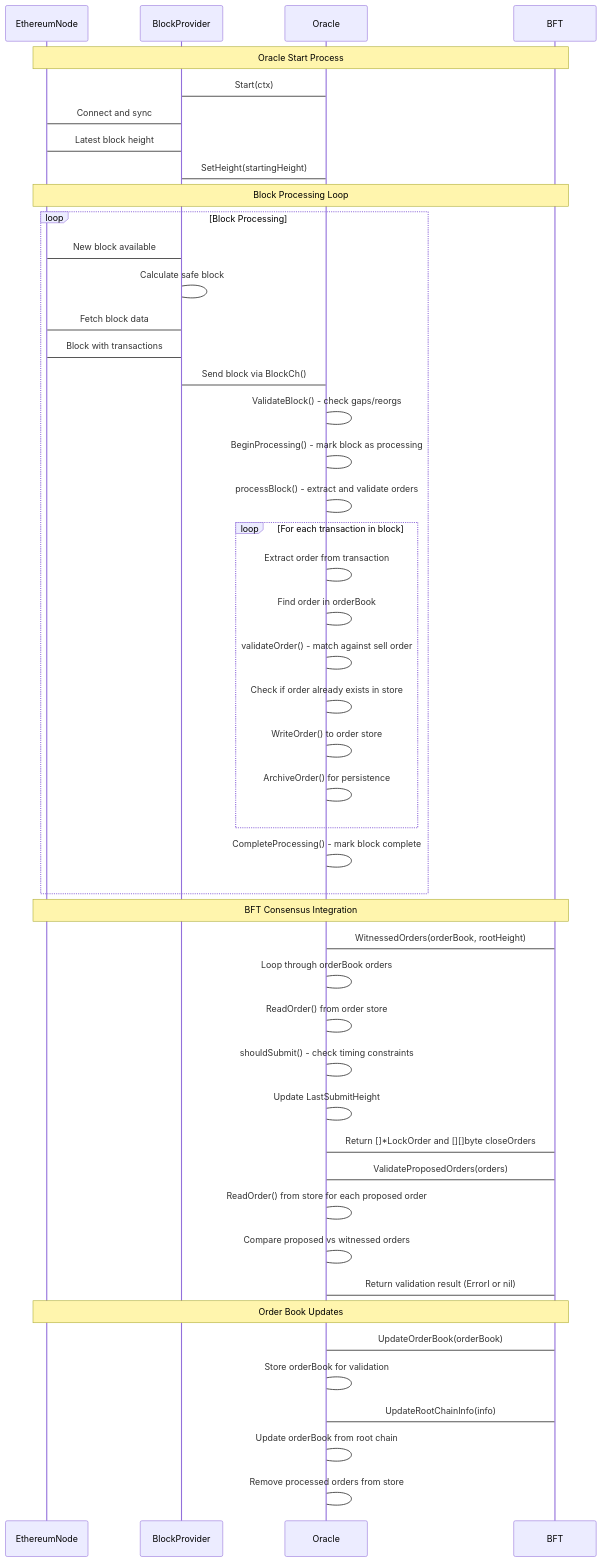
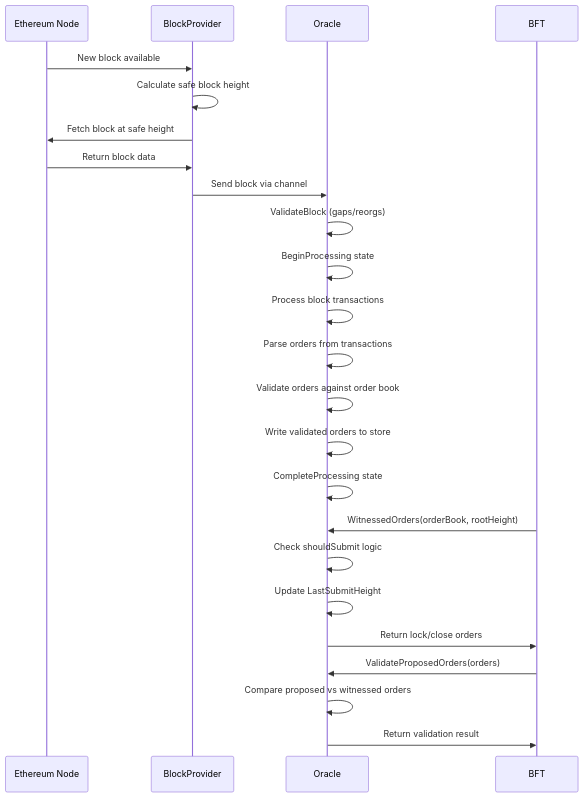
Before and after one commit to canopy-network/canopy: the second of 2 diagrams in cmd/rpc/oracle/ORACLE_FLOW.md, drawn with Mermaid.

````diff
--- a/cmd/rpc/oracle/ORACLE_FLOW.md
+++ b/cmd/rpc/oracle/ORACLE_FLOW.md
@@ -24,57 +24,34 @@
 ```mermaid
 sequenceDiagram
-participant EthereumNode
-participant BlockProvider  
-participant Oracle
-participant BFT
+    participant EN as Ethereum Node
+    participant BP as BlockProvider
+    participant O as Oracle
+    participant BFT as BFT
 
-note over EthereumNode, BFT: Oracle Start Process
-Oracle -> BlockProvider: Start(ctx)
-BlockProvider -> EthereumNode: Connect and sync
-EthereumNode -> BlockProvider: Latest block height
-BlockProvider -> Oracle: SetHeight(startingHeight)
-
-note over EthereumNode, BFT: Block Processing Loop
-loop Block Processing
-    EthereumNode -> BlockProvider: New block available
-    BlockProvider -> BlockProvider: Calculate safe block
-    BlockProvider -> EthereumNode: Fetch block data
-    EthereumNode -> BlockProvider: Block with transactions
-    BlockProvider -> Oracle: Send block via BlockCh()
+    %% Block retrieval and processing
+    EN->>BP: New block available
+    BP->>BP: Calculate safe block height
+    BP->>EN: Fetch block at safe height
+    EN->>BP: Return block data
+    BP->>O: Send block via channel
     
-    Oracle -> Oracle: ValidateBlock() - check gaps/reorgs
-    Oracle -> Oracle: BeginProcessing() - mark block as processing
-    Oracle -> Oracle: processBlock() - extract and validate orders
+    %% Oracle block processing
+    O->>O: ValidateBlock (gaps/reorgs)
+    O->>O: BeginProcessing state
+    O->>O: Process block transactions
+    O->>O: Parse orders from transactions
+    O->>O: Validate orders against order book
+    O->>O: Write validated orders to store
+    O->>O: CompleteProcessing state
     
-    loop For each transaction in block
-        Oracle -> Oracle: Extract order from transaction
-        Oracle -> Oracle: Find order in orderBook
-        Oracle -> Oracle: validateOrder() - match against sell order
-        Oracle -> Oracle: Check if order already exists in store
-        Oracle -> Oracle: WriteOrder() to order store
-        Oracle -> Oracle: ArchiveOrder() for persistence
-    end
+    %% BFT consensus integration
+    BFT->>O: WitnessedOrders(orderBook, rootHeight)
+    O->>O: Check shouldSubmit logic
+    O->>O: Update LastSubmitHeight
+    O->>BFT: Return lock/close orders
     
-    Oracle -> Oracle: CompleteProcessing() - mark block complete
-end
-
-note over EthereumNode, BFT: BFT Consensus Integration
-BFT -> Oracle: WitnessedOrders(orderBook, rootHeight)
-Oracle -> Oracle: Loop through orderBook orders
-Oracle -> Oracle: ReadOrder() from order store
-Oracle -> Oracle: shouldSubmit() - check timing constraints
-Oracle -> Oracle: Update LastSubmitHeight
-Oracle -> BFT: Return []*LockOrder and [][]byte closeOrders
-
-BFT -> Oracle: ValidateProposedOrders(orders)
-Oracle -> Oracle: ReadOrder() from store for each proposed order
-Oracle -> Oracle: Compare proposed vs witnessed orders
-Oracle -> BFT: Return validation result (ErrorI or nil)
-
-note over EthereumNode, BFT: Order Book Updates
-BFT -> Oracle: UpdateOrderBook(orderBook)
-Oracle -> Oracle: Store orderBook for validation
-BFT -> Oracle: UpdateRootChainInfo(info)
-Oracle -> Oracle: Update orderBook from root chain
-Oracle -> Oracle: Remove processed orders from store
+    %% Block proposal validation
+    BFT->>O: ValidateProposedOrders(orders)
+    O->>O: Compare proposed vs witnessed orders
+    O->>BFT: Return validation result
 ```
````
